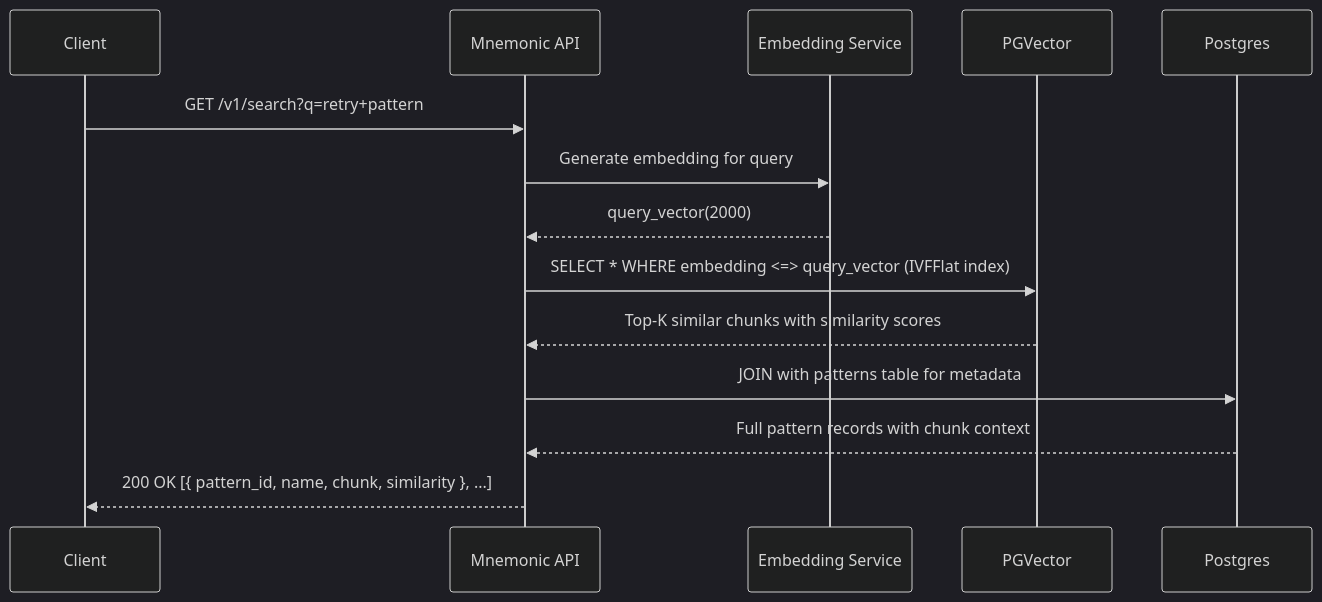
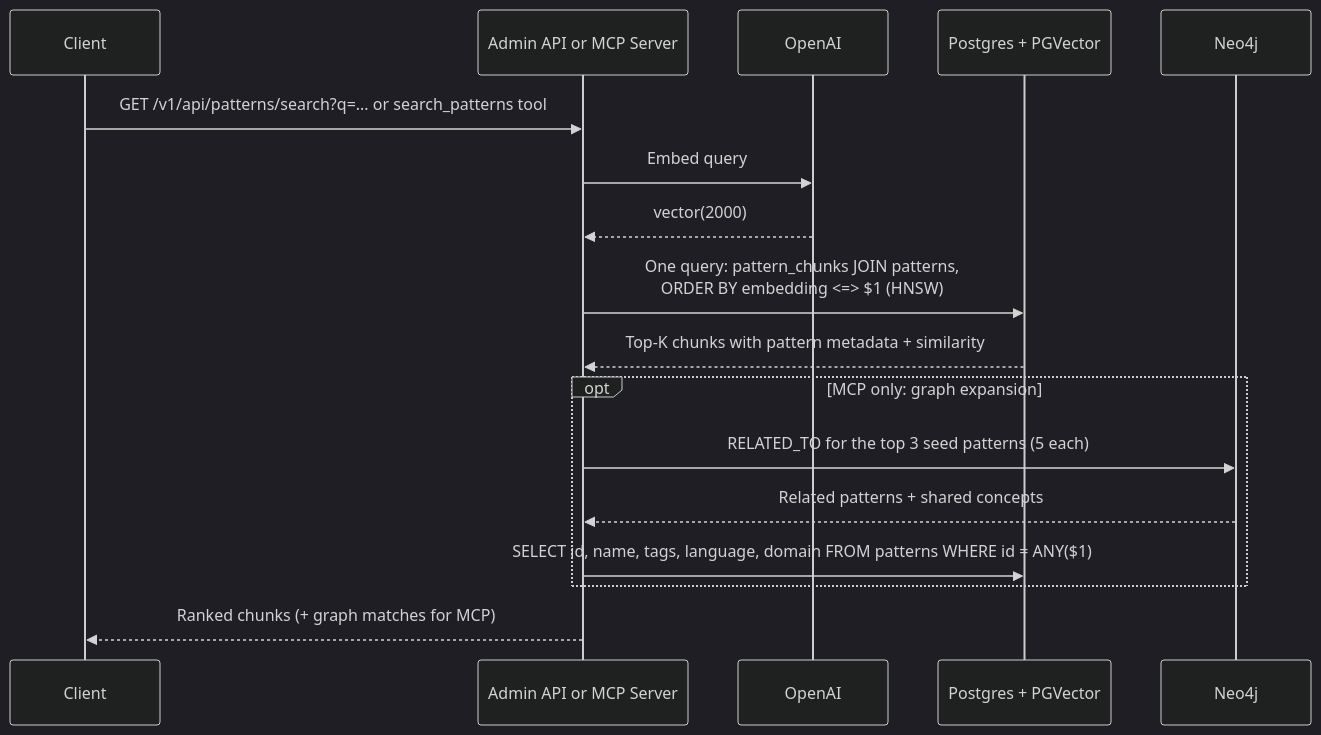
The seventh of 8 diagrams in docs/architecture/system/04-data-architecture.md (twistingmercury/mnemonic-docs), drawn with Mermaid (dark theme) before and after one commit. The commit also changed other lines of this file and 41 other files, not shown here.

````diff
--- a/docs/architecture/system/04-data-architecture.md
+++ b/docs/architecture/system/04-data-architecture.md
@@ -567,17 +493,20 @@
 ```mermaid
 sequenceDiagram
     participant CLIENT as Client
-    participant API as Mnemonic API
-    participant EMBED as Embedding Service
-    participant PGV as PGVector
-    participant PG as Postgres
+    participant SVC as Admin API or MCP Server
+    participant OPENAI as OpenAI
+    participant PG as Postgres + PGVector
+    participant NEO as Neo4j
 
-    CLIENT->>API: GET /v1/search?q=retry+pattern
-    API->>EMBED: Generate embedding for query
-    EMBED-->>API: query_vector(2000)
-    API->>PGV: SELECT * WHERE embedding <=> query_vector (IVFFlat index)
-    PGV-->>API: Top-K similar chunks with similarity scores
-    API->>PG: JOIN with patterns table for metadata
-    PG-->>API: Full pattern records with chunk context
-    API-->>CLIENT: 200 OK [{ pattern_id, name, chunk, similarity }, ...]
+    CLIENT->>SVC: GET /v1/api/patterns/search?q=... or search_patterns tool
+    SVC->>OPENAI: Embed query
+    OPENAI-->>SVC: vector(2000)
+    SVC->>PG: One query: pattern_chunks JOIN patterns,<br/>ORDER BY embedding <=> $1 (HNSW)
+    PG-->>SVC: Top-K chunks with pattern metadata + similarity
+    opt MCP only: graph expansion
+        SVC->>NEO: RELATED_TO for the top 3 seed patterns (5 each)
+        NEO-->>SVC: Related patterns + shared concepts
+        SVC->>PG: SELECT id, name, tags, language, domain FROM patterns WHERE id = ANY($1)
+    end
+    SVC-->>CLIENT: Ranked chunks (+ graph matches for MCP)
 ```
````
